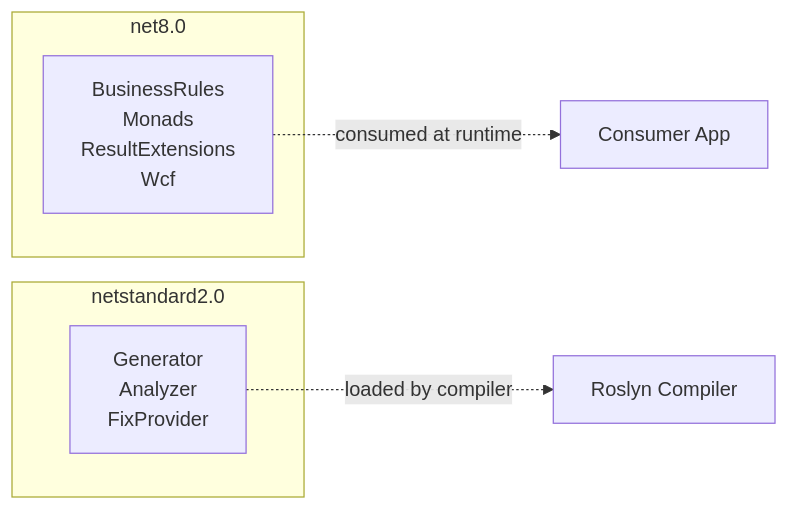
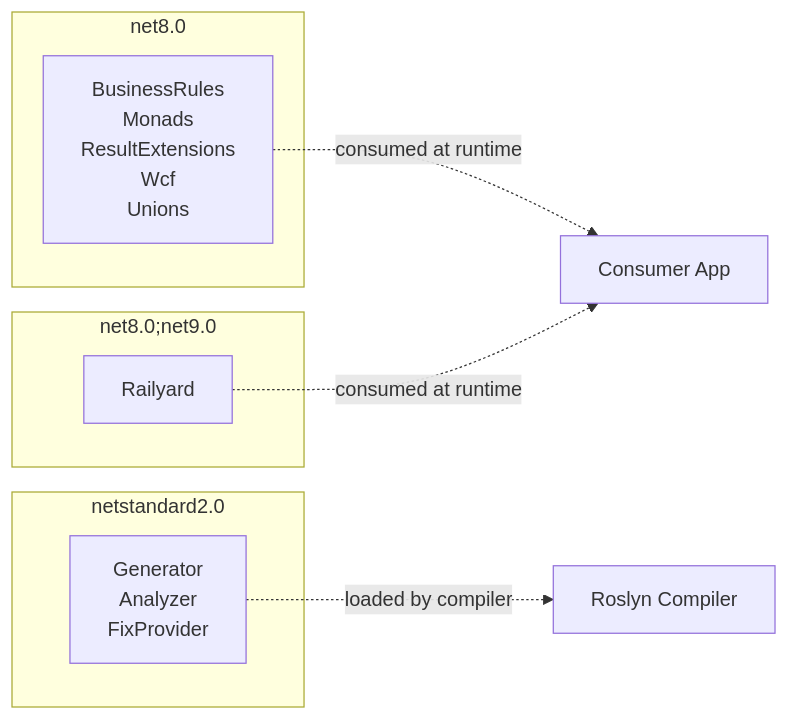
The second of 4 diagrams in docs/architecture/design/package-structure.md (MauroVerberkt/MaVe), drawn with Mermaid before and after one commit. The commit also changed other lines of this file and 23 other files, not shown here.

First line of the commit message:
chore(railyard): v1.0.0 packaging, documentation, and architecture records (#39)

````diff
--- a/docs/architecture/design/package-structure.md
+++ b/docs/architecture/design/package-structure.md
@@ -115,13 +115,18 @@
 ```mermaid
 graph LR
     subgraph "net8.0"
-        RT[BusinessRules<br/>Monads<br/>ResultExtensions<br/>Wcf]
+        RT[BusinessRules<br/>Monads<br/>ResultExtensions<br/>Wcf<br/>Unions]
+    end
+
+    subgraph "net8.0;net9.0"
+        RY[Railyard]
     end
 
     subgraph "netstandard2.0"
         TL[Generator<br/>Analyzer<br/>FixProvider]
     end
 
     RT -.->|"consumed at runtime"| App[Consumer App]
+    RY -.->|"consumed at runtime"| App
     TL -.->|"loaded by compiler"| Compiler[Roslyn Compiler]
 ```
````
